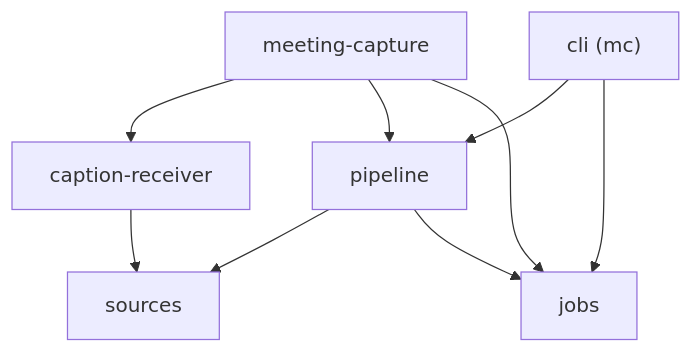
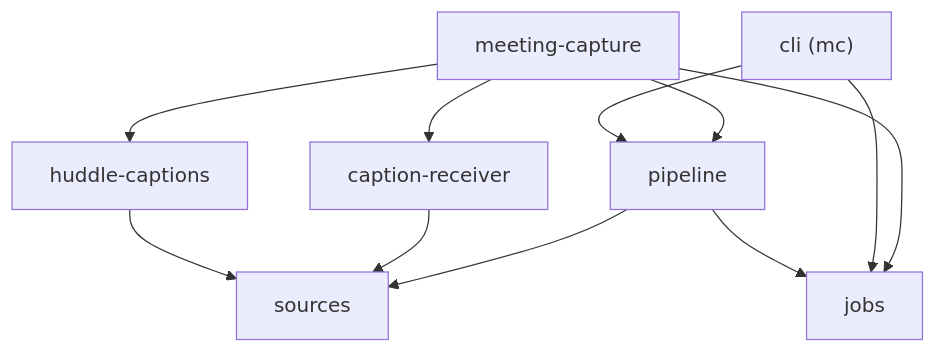
The ninth of 9 diagrams in docs/02-architecture.md (kujjwal02/meeting-capture), drawn with Mermaid before and after one commit. The commit also changed other lines of this file and 33 other files, not shown here.

````diff
--- a/docs/02-architecture.md
+++ b/docs/02-architecture.md
@@ -170,11 +188,13 @@
 ```mermaid
 flowchart TB
     APP["meeting-capture"] --> RCV["caption-receiver"]
     APP --> PIPE["pipeline"]
     APP --> JOBS["jobs"]
     CLI["cli (mc)"] --> PIPE
     CLI --> JOBS
     PIPE --> SRC["sources"]
     PIPE --> JOBS
     RCV --> SRC
+    APP --> HC["huddle-captions"]
+    HC --> SRC
 ```
````
